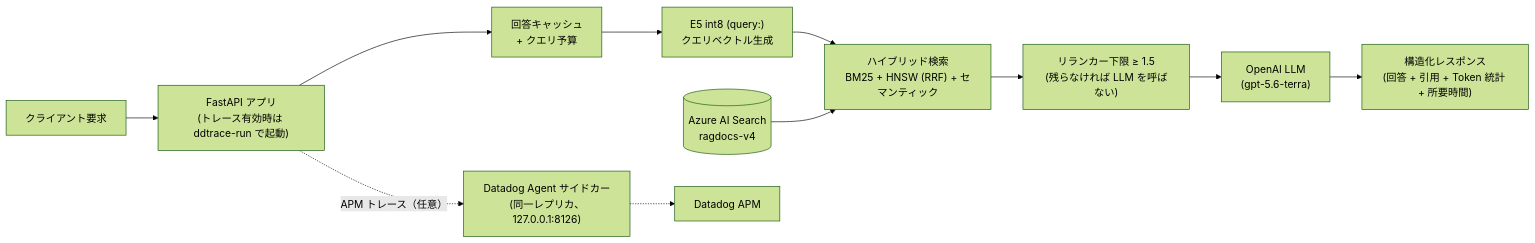
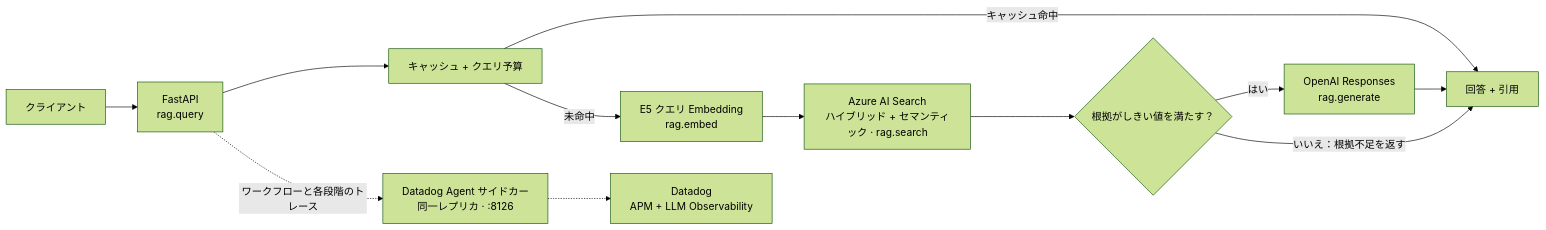
The eighth of 9 diagrams in README.md (workHMZ/aca-ghcr-cicd-lab), drawn with Mermaid (forest theme) before and after one commit. The commit also changed other lines of this file and 38 other files, not shown here.

First line of the commit message:
feat: release 3.2 with hardened RAG and LLM observability

````diff
--- a/README.md
+++ b/README.md
@@ -662,13 +650,14 @@
 ```mermaid
 flowchart LR
-    Client["クライアント要求"] --> API["FastAPI アプリ<br/>(トレース有効時は ddtrace-run で起動)"]
-    API --> Guard["回答キャッシュ<br/>+ クエリ予算"]
-    Guard --> QVec["E5 int8 (query:)<br/>クエリベクトル生成"]
-    QVec --> Hybrid["ハイブリッド検索<br/>BM25 + HNSW (RRF) + セマンティック"]
-    Index[("Azure AI Search<br/>ragdocs-v4")] --> Hybrid
-    Hybrid --> Floor["リランカー下限 ≥ 1.5<br/>(残らなければ LLM を呼ばない)"]
-    Floor --> LLM["OpenAI LLM<br/>(gpt-5.6-terra)"]
-    LLM --> Response["構造化レスポンス<br/>(回答 + 引用 + Token 統計 + 所要時間)"]
-    API -. "APM トレース（任意）" .-> Agent["Datadog Agent サイドカー<br/>(同一レプリカ、127.0.0.1:8126)"]
-    Agent -.-> APM["Datadog APM"]
+    Client["クライアント"] --> API["FastAPI<br/>rag.query"]
+    API --> Guard["キャッシュ + クエリ予算"]
+    Guard -- "キャッシュ命中" --> Response["回答 + 引用"]
+    Guard -- "未命中" --> QVec["E5 クエリ Embedding<br/>rag.embed"]
+    QVec --> Search["Azure AI Search<br/>ハイブリッド + セマンティック · rag.search"]
+    Search --> Evidence{"根拠がしきい値を満たす？"}
+    Evidence -- "はい" --> LLM["OpenAI Responses<br/>rag.generate"]
+    Evidence -- "いいえ：根拠不足を返す" --> Response
+    LLM --> Response
+    API -. "ワークフローと各段階のトレース" .-> Agent["Datadog Agent サイドカー<br/>同一レプリカ · :8126"]
+    Agent -.-> DD["Datadog<br/>APM + LLM Observability"]
 ```
````
